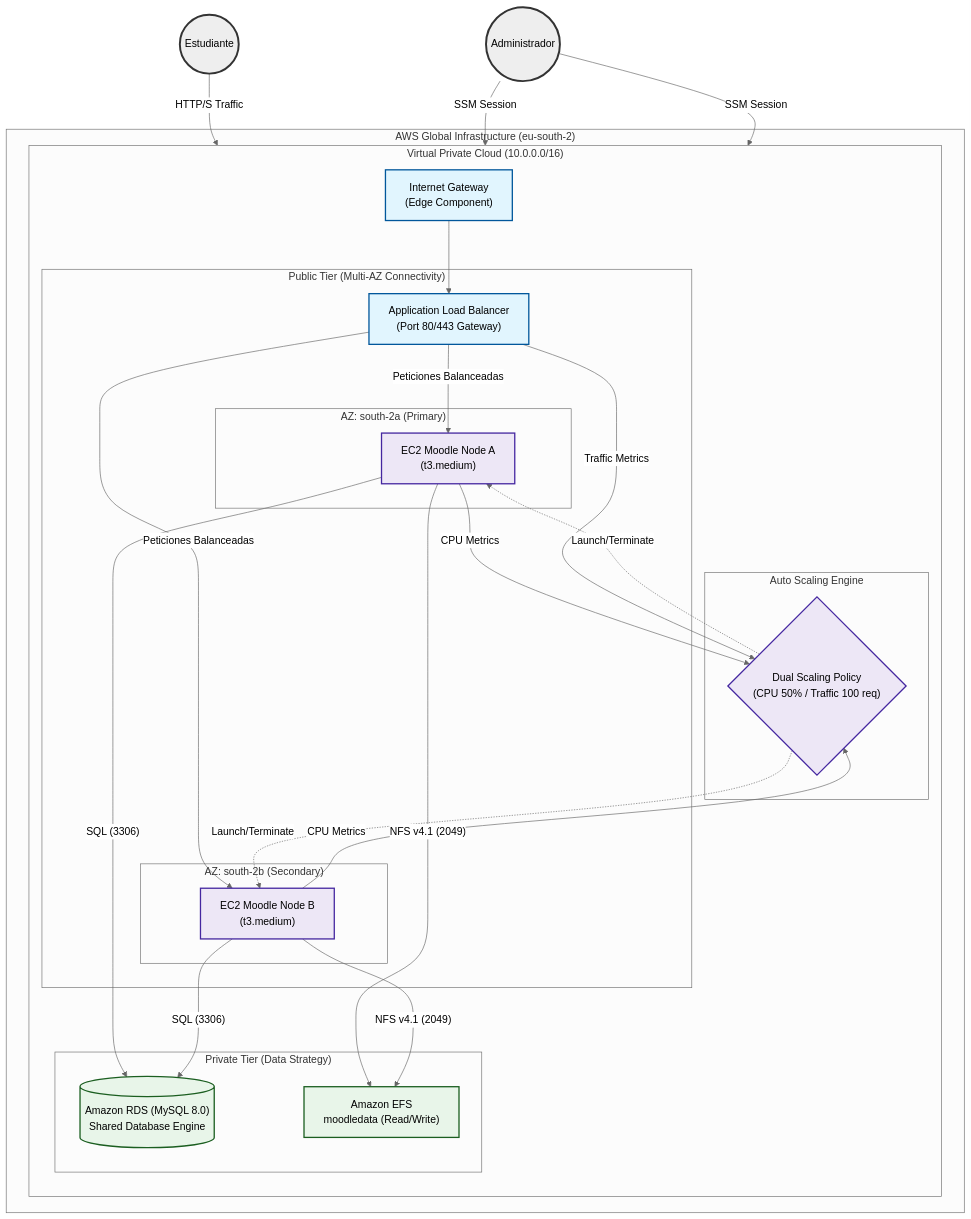
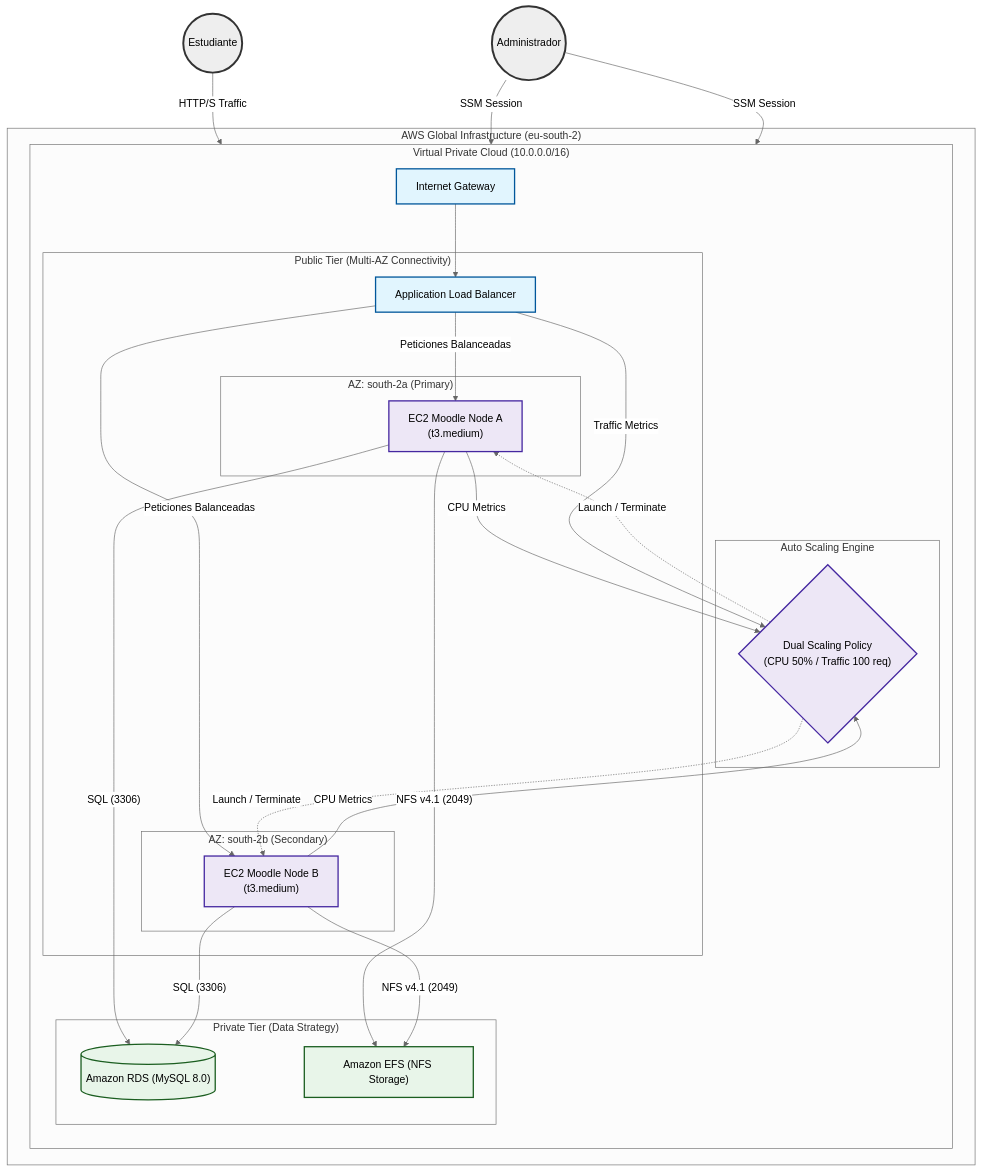
Before and after one commit to Madaru69/TFG: the diagram in docs/architecture_diagram.md, drawn with Mermaid (neutral theme).

Commit message:
docs: Fix Mermaid syntax for universal compatibility 🛠️📐

````diff
--- a/docs/architecture_diagram.md
+++ b/docs/architecture_diagram.md
@@ -5,69 +5,69 @@
 ```mermaid
-graph TB
+flowchart TB
     %% --- ESTILOS PROFESIONALES ---
     classDef cloud fill:#f1f2f3,stroke:#3498db,stroke-width:2px,stroke-dasharray: 5 5;
     classDef network fill:#e1f5fe,stroke:#01579b,stroke-width:2px;
     classDef compute fill:#ede7f6,stroke:#4527a0,stroke-width:2px;
     classDef storage fill:#e8f5e9,stroke:#1b5e20,stroke-width:2px;
     classDef user stroke:#333,stroke-width:3px;
 
     %% --- ACTORES ---
     Alumno((Estudiante)):::user
     Admin((Administrador)):::user
 
     subgraph "AWS Global Infrastructure (eu-south-2)"
         subgraph "Virtual Private Cloud (10.0.0.0/16)"
             direction TB
-            IGW["Internet Gateway<br/>(Edge Component)"]:::network
+            IGW["Internet Gateway"]:::network
             
             subgraph "Public Tier (Multi-AZ Connectivity)"
-                ALB["Application Load Balancer<br/>(Port 80/443 Gateway)"]:::network
+                ALB["Application Load Balancer"]:::network
                 
                 subgraph "AZ: south-2a (Primary)"
-                    EC2_A["EC2 Moodle Node A<br/>(t3.medium)"]:::compute
+                    EC2A["EC2 Moodle Node A<br/>(t3.medium)"]:::compute
                 end
 
                 subgraph "AZ: south-2b (Secondary)"
-                    EC2_B["EC2 Moodle Node B<br/>(t3.medium)"]:::compute
+                    EC2B["EC2 Moodle Node B<br/>(t3.medium)"]:::compute
                 end
             end
 
             subgraph "Auto Scaling Engine"
-                ASG_Brain{"Dual Scaling Policy<br/>(CPU 50% / Traffic 100 req)"}:::compute
+                ASGBrain{"Dual Scaling Policy<br/>(CPU 50% / Traffic 100 req)"}:::compute
             end
 
             subgraph "Private Tier (Data Strategy)"
-                RDS[("Amazon RDS (MySQL 8.0)<br/>Shared Database Engine")]:::storage
-                EFS["Amazon EFS<br/>moodledata (Read/Write)"]:::storage
+                RDS[("Amazon RDS (MySQL 8.0)")]:::storage
+                EFS["Amazon EFS (NFS Storage)"]:::storage
             end
         end
     end
 
     %% --- FLUJO DE DATOS ---
     Alumno -- "HTTP/S Traffic" --> IGW
     IGW --> ALB
     
-    ALB -- "Peticiones Balanceadas" --> EC2_A
-    ALB -- "Peticiones Balanceadas" --> EC2_B
+    ALB -- "Peticiones Balanceadas" --> EC2A
+    ALB -- "Peticiones Balanceadas" --> EC2B
     
     %% --- INTELIGENCIA DE ESCALADO ---
-    EC2_A -- "CPU Metrics" --> ASG_Brain
-    EC2_B -- "CPU Metrics" --> ASG_Brain
-    ALB -- "Traffic Metrics" --> ASG_Brain
-    ASG_Brain -. "Launch/Terminate" .-> EC2_A
-    ASG_Brain -. "Launch/Terminate" .-> EC2_B
+    EC2A -- "CPU Metrics" --> ASGBrain
+    EC2B -- "CPU Metrics" --> ASGBrain
+    ALB -- "Traffic Metrics" --> ASGBrain
+    ASGBrain -. "Launch / Terminate" .-> EC2A
+    ASGBrain -. "Launch / Terminate" .-> EC2B
 
-    EC2_A -- "SQL (3306)" --> RDS
-    EC2_B -- "SQL (3306)" --> RDS
+    EC2A -- "SQL (3306)" --> RDS
+    EC2B -- "SQL (3306)" --> RDS
     
-    EC2_A -- "NFS v4.1 (2049)" --> EFS
-    EC2_B -- "NFS v4.1 (2049)" --> EFS
+    EC2A -- "NFS v4.1 (2049)" --> EFS
+    EC2B -- "NFS v4.1 (2049)" --> EFS
 
-    Admin -- "SSM Session" --> EC2_A
-    Admin -- "SSM Session" --> EC2_B
+    Admin -- "SSM Session" --> EC2A
+    Admin -- "SSM Session" --> EC2B
 
     %% --- CLASES DE ESTILO ---
     class IGW,ALB network;
-    class EC2_A,EC2_B compute;
+    class EC2A,EC2B compute;
     class RDS,EFS storage;
 ```
````
